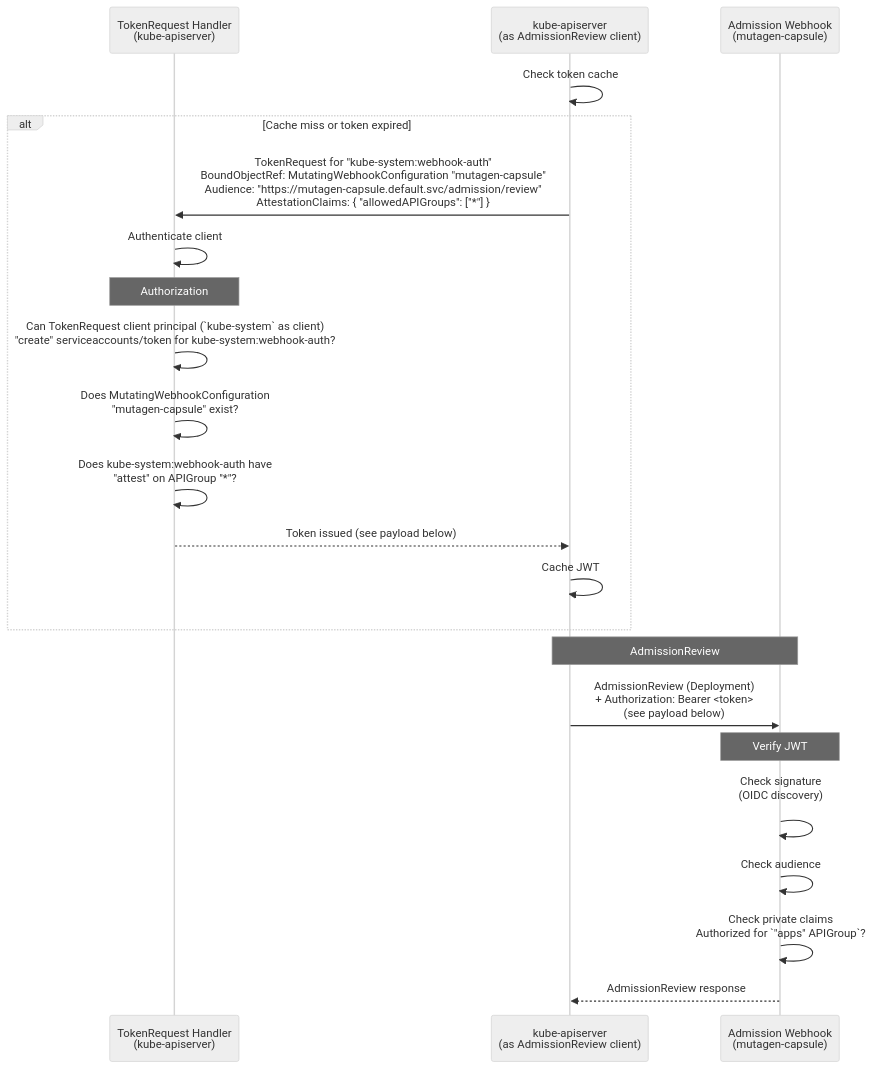
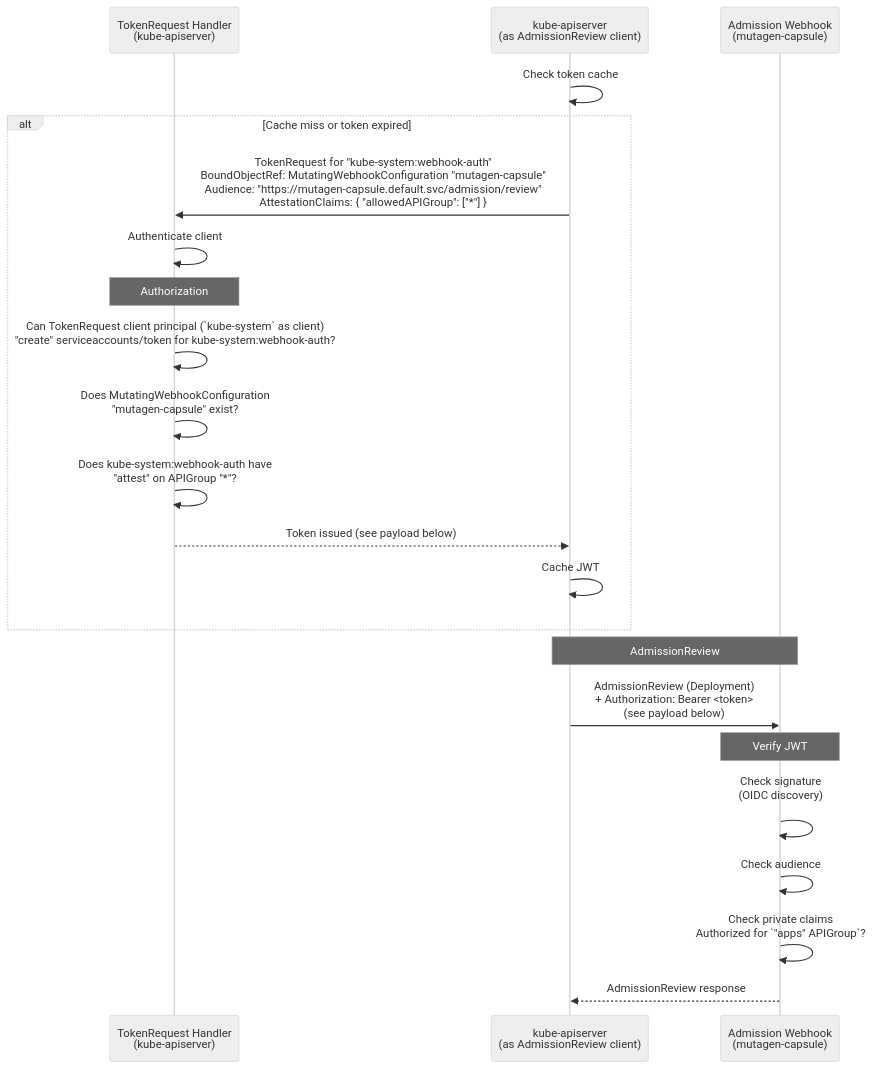
Before and after one commit to pmengelbert/enhancements: the first of 3 diagrams in keps/sig-auth/6060-api-server-authentication-to-webhooks/README.md, drawn with Mermaid (neutral theme). The commit also changed other lines of this file, not shown here.

````diff
--- a/keps/sig-auth/6060-api-server-authentication-to-webhooks/README.md
+++ b/keps/sig-auth/6060-api-server-authentication-to-webhooks/README.md
@@ -341,31 +348,31 @@
 ```mermaid
 sequenceDiagram
     participant TokenReq as TokenRequest Handler<br/>(kube-apiserver)
     participant KAS as kube-apiserver<br/>(as AdmissionReview client)
     participant Webhook as Admission Webhook<br/>(mutagen-capsule)
 
     KAS->>KAS: Check token cache
     alt Cache miss or token expired
-        KAS->>TokenReq: TokenRequest for "kube-system:webhook-auth"<br/>BoundObjectRef: MutatingWebhookConfiguration "mutagen-capsule"<br/>Audience: "https://mutagen-capsule.default.svc/admission/review"<br/>AttestationClaims: { "allowedAPIGroups": ["*"] }
+        KAS->>TokenReq: TokenRequest for "kube-system:webhook-auth"<br/>BoundObjectRef: MutatingWebhookConfiguration "mutagen-capsule"<br/>Audience: "https://mutagen-capsule.default.svc/admission/review"<br/>AttestationClaims: { "allowedAPIGroup": ["*"] }
 
         TokenReq->>TokenReq: Authenticate client
         Note over TokenReq: Authorization
 
         TokenReq->>TokenReq: Can TokenRequest client  principal (`kube-system` as client)<br/>"create" serviceaccounts/token for kube-system:webhook-auth?
         TokenReq->>TokenReq: Does MutatingWebhookConfiguration<br/>"mutagen-capsule" exist?
         TokenReq->>TokenReq: Does kube-system:webhook-auth have<br/>"attest" on APIGroup "*"?
 
         TokenReq-->>KAS: Token issued (see payload below)
         KAS->>KAS: Cache JWT
     end
 
     Note over KAS,Webhook: AdmissionReview
     KAS->>Webhook: AdmissionReview (Deployment)<br/>+ Authorization: Bearer <token><br/>(see payload below)
 
     Note over Webhook: Verify JWT
     Webhook->>Webhook: Check signature<br/>(OIDC discovery)<br/>
     Webhook->>Webhook: Check audience
     Webhook->>Webhook: Check private claims<br/>Authorized for `"apps" APIGroup`?
 
     Webhook-->>KAS: AdmissionReview response
 ```
````
